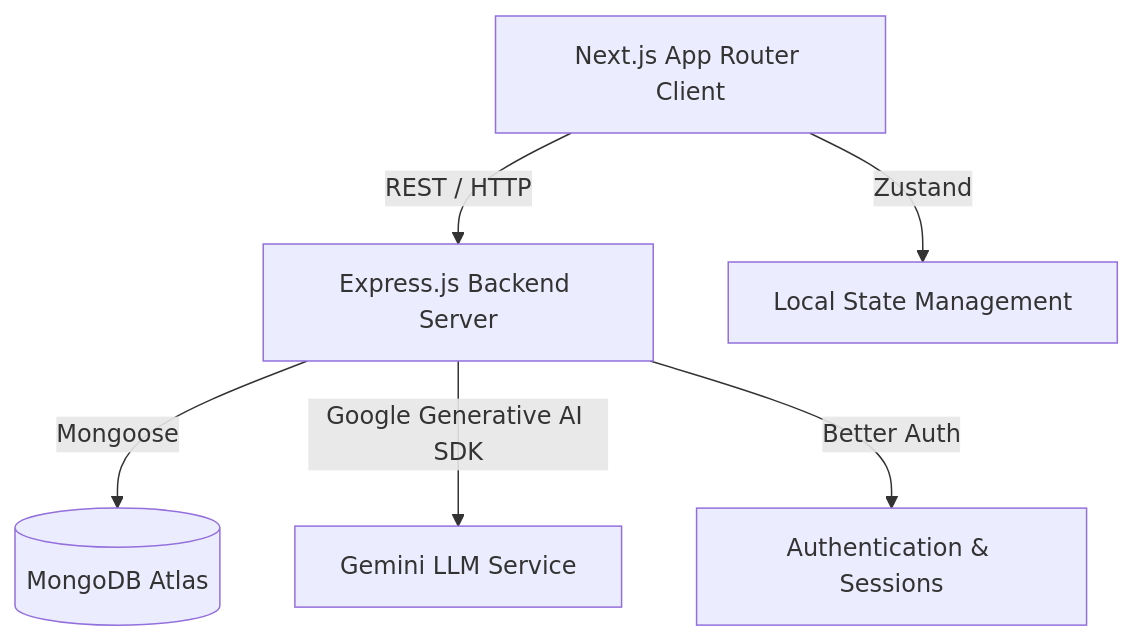
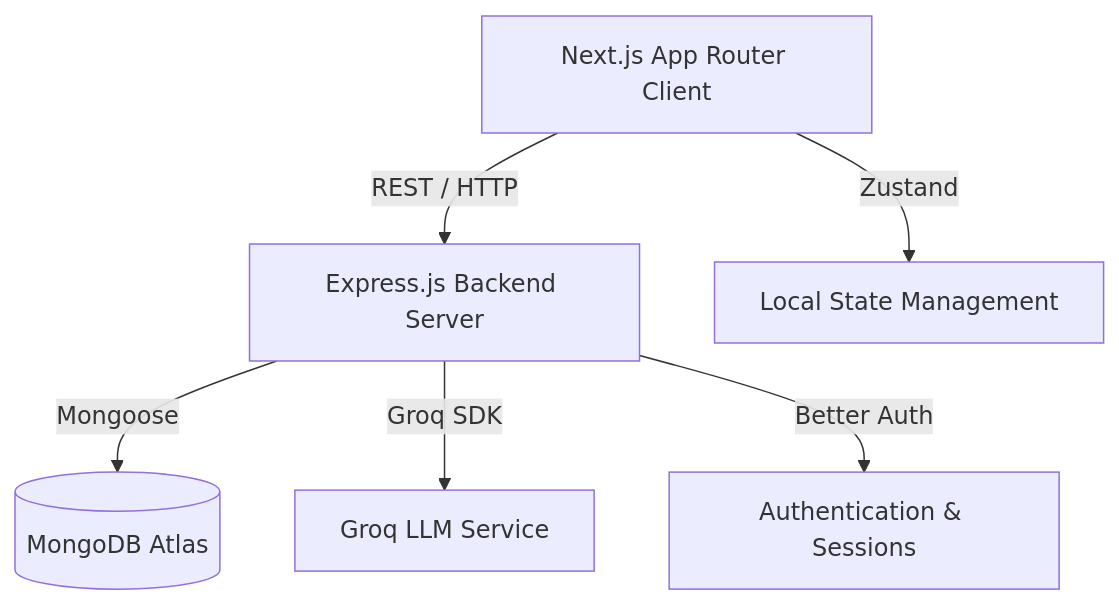
The first of 2 diagrams in docs/project-guide/02_Architecture.md (kamalcodezen/Iot-Copilot), drawn with Mermaid before and after one commit. The commit also changed other lines of this file and 28 other files, not shown here.

Commit message:
chore(env): remove Gemini environment variables and finalize Groq configuration

````diff
--- a/docs/project-guide/02_Architecture.md
+++ b/docs/project-guide/02_Architecture.md
@@ -27,8 +27,8 @@
 ```mermaid
 graph TD
     Client[Next.js App Router Client] --> |REST / HTTP| API[Express.js Backend Server]
     Client --> |Zustand| State[Local State Management]
     API --> |Mongoose| DB[(MongoDB Atlas)]
-    API --> |Google Generative AI SDK| Gemini[Gemini LLM Service]
+    API --> |Groq SDK| Groq[Groq LLM Service]
     API --> |Better Auth| Auth[Authentication & Sessions]
 ```
````
